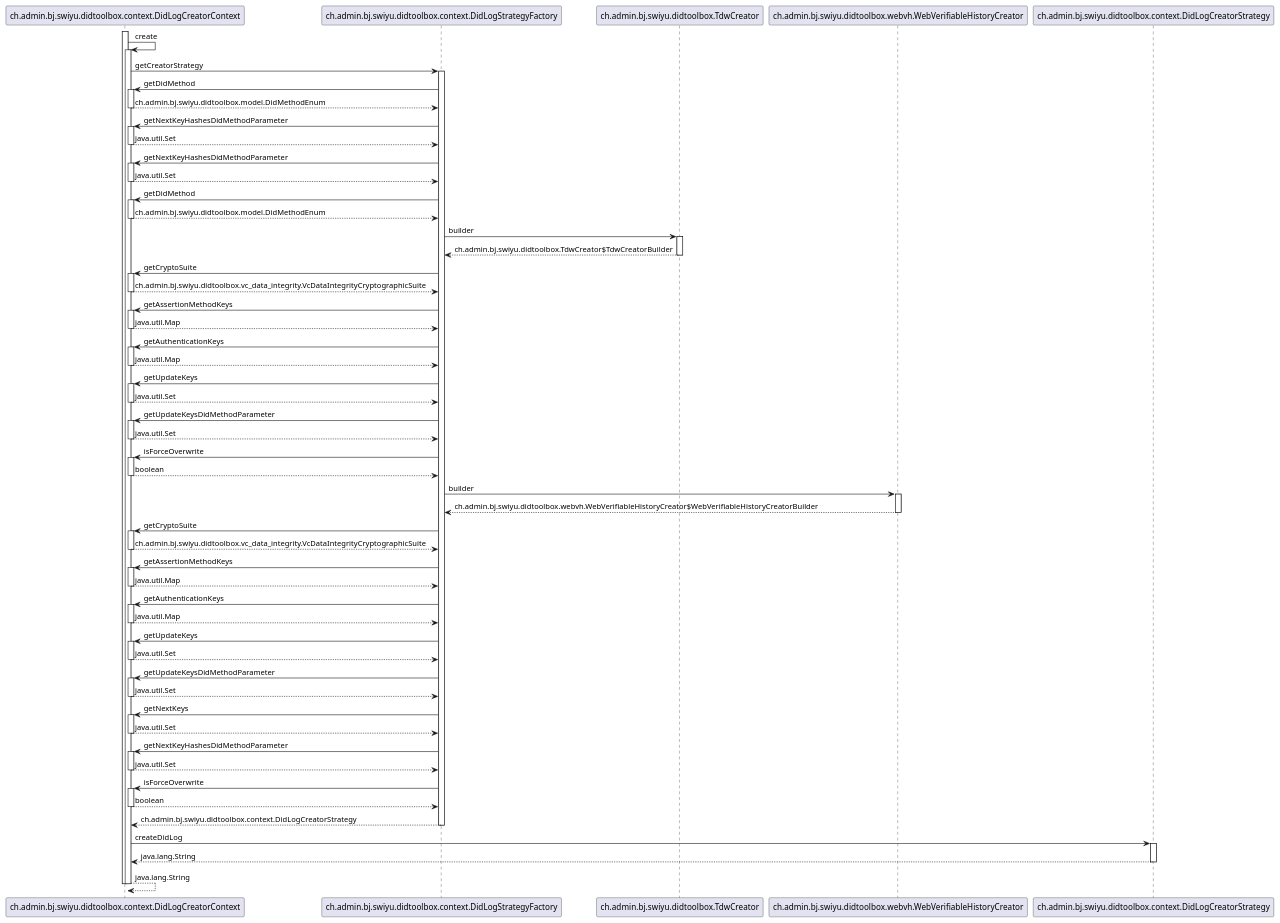
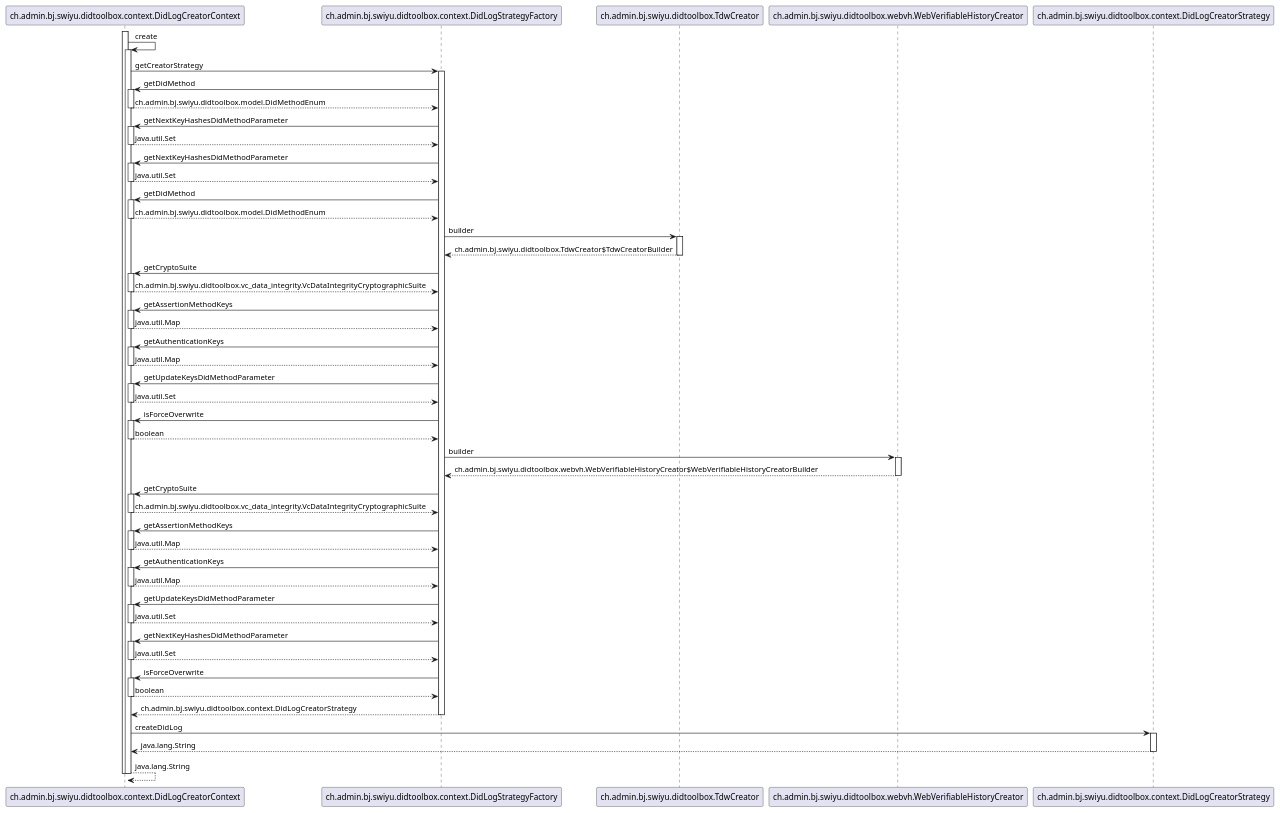
One commit to swiyu-admin-ch/didtoolbox-java changed the diagram in src/main/plantuml/DidLogCreatorContext-create.puml. Above: the diagram before and after it, drawn with PlantUML. The commit also changed 20 other files, not shown here.

```diff
--- a/src/main/plantuml/DidLogCreatorContext-create.puml
+++ b/src/main/plantuml/DidLogCreatorContext-create.puml
@@ -2,104 +2,92 @@
 @startuml
 
 participant ch.admin.bj.swiyu.didtoolbox.context.DidLogCreatorContext
 participant ch.admin.bj.swiyu.didtoolbox.context.DidLogStrategyFactory
 participant ch.admin.bj.swiyu.didtoolbox.TdwCreator
 participant ch.admin.bj.swiyu.didtoolbox.webvh.WebVerifiableHistoryCreator
 participant ch.admin.bj.swiyu.didtoolbox.context.DidLogCreatorStrategy
 
 activate ch.admin.bj.swiyu.didtoolbox.context.DidLogCreatorContext
 	ch.admin.bj.swiyu.didtoolbox.context.DidLogCreatorContext -> ch.admin.bj.swiyu.didtoolbox.context.DidLogCreatorContext : create
 	activate ch.admin.bj.swiyu.didtoolbox.context.DidLogCreatorContext
 		ch.admin.bj.swiyu.didtoolbox.context.DidLogCreatorContext -> ch.admin.bj.swiyu.didtoolbox.context.DidLogStrategyFactory : getCreatorStrategy
 		activate ch.admin.bj.swiyu.didtoolbox.context.DidLogStrategyFactory
 			ch.admin.bj.swiyu.didtoolbox.context.DidLogStrategyFactory -> ch.admin.bj.swiyu.didtoolbox.context.DidLogCreatorContext : getDidMethod
 			activate ch.admin.bj.swiyu.didtoolbox.context.DidLogCreatorContext
 				ch.admin.bj.swiyu.didtoolbox.context.DidLogCreatorContext --> ch.admin.bj.swiyu.didtoolbox.context.DidLogStrategyFactory : ch.admin.bj.swiyu.didtoolbox.model.DidMethodEnum
 			deactivate ch.admin.bj.swiyu.didtoolbox.context.DidLogCreatorContext
 			ch.admin.bj.swiyu.didtoolbox.context.DidLogStrategyFactory -> ch.admin.bj.swiyu.didtoolbox.context.DidLogCreatorContext : getNextKeyHashesDidMethodParameter
 			activate ch.admin.bj.swiyu.didtoolbox.context.DidLogCreatorContext
 				ch.admin.bj.swiyu.didtoolbox.context.DidLogCreatorContext --> ch.admin.bj.swiyu.didtoolbox.context.DidLogStrategyFactory : java.util.Set
 			deactivate ch.admin.bj.swiyu.didtoolbox.context.DidLogCreatorContext
 			ch.admin.bj.swiyu.didtoolbox.context.DidLogStrategyFactory -> ch.admin.bj.swiyu.didtoolbox.context.DidLogCreatorContext : getNextKeyHashesDidMethodParameter
 			activate ch.admin.bj.swiyu.didtoolbox.context.DidLogCreatorContext
 				ch.admin.bj.swiyu.didtoolbox.context.DidLogCreatorContext --> ch.admin.bj.swiyu.didtoolbox.context.DidLogStrategyFactory : java.util.Set
 			deactivate ch.admin.bj.swiyu.didtoolbox.context.DidLogCreatorContext
 			ch.admin.bj.swiyu.didtoolbox.context.DidLogStrategyFactory -> ch.admin.bj.swiyu.didtoolbox.context.DidLogCreatorContext : getDidMethod
 			activate ch.admin.bj.swiyu.didtoolbox.context.DidLogCreatorContext
 				ch.admin.bj.swiyu.didtoolbox.context.DidLogCreatorContext --> ch.admin.bj.swiyu.didtoolbox.context.DidLogStrategyFactory : ch.admin.bj.swiyu.didtoolbox.model.DidMethodEnum
 			deactivate ch.admin.bj.swiyu.didtoolbox.context.DidLogCreatorContext
 			ch.admin.bj.swiyu.didtoolbox.context.DidLogStrategyFactory -> ch.admin.bj.swiyu.didtoolbox.TdwCreator : builder
 			activate ch.admin.bj.swiyu.didtoolbox.TdwCreator
 				ch.admin.bj.swiyu.didtoolbox.TdwCreator --> ch.admin.bj.swiyu.didtoolbox.context.DidLogStrategyFactory : ch.admin.bj.swiyu.didtoolbox.TdwCreator$TdwCreatorBuilder
 			deactivate ch.admin.bj.swiyu.didtoolbox.TdwCreator
 			ch.admin.bj.swiyu.didtoolbox.context.DidLogStrategyFactory -> ch.admin.bj.swiyu.didtoolbox.context.DidLogCreatorContext : getCryptoSuite
 			activate ch.admin.bj.swiyu.didtoolbox.context.DidLogCreatorContext
 				ch.admin.bj.swiyu.didtoolbox.context.DidLogCreatorContext --> ch.admin.bj.swiyu.didtoolbox.context.DidLogStrategyFactory : ch.admin.bj.swiyu.didtoolbox.vc_data_integrity.VcDataIntegrityCryptographicSuite
 			deactivate ch.admin.bj.swiyu.didtoolbox.context.DidLogCreatorContext
 			ch.admin.bj.swiyu.didtoolbox.context.DidLogStrategyFactory -> ch.admin.bj.swiyu.didtoolbox.context.DidLogCreatorContext : getAssertionMethodKeys
 			activate ch.admin.bj.swiyu.didtoolbox.context.DidLogCreatorContext
 				ch.admin.bj.swiyu.didtoolbox.context.DidLogCreatorContext --> ch.admin.bj.swiyu.didtoolbox.context.DidLogStrategyFactory : java.util.Map
 			deactivate ch.admin.bj.swiyu.didtoolbox.context.DidLogCreatorContext
 			ch.admin.bj.swiyu.didtoolbox.context.DidLogStrategyFactory -> ch.admin.bj.swiyu.didtoolbox.context.DidLogCreatorContext : getAuthenticationKeys
 			activate ch.admin.bj.swiyu.didtoolbox.context.DidLogCreatorContext
 				ch.admin.bj.swiyu.didtoolbox.context.DidLogCreatorContext --> ch.admin.bj.swiyu.didtoolbox.context.DidLogStrategyFactory : java.util.Map
 			deactivate ch.admin.bj.swiyu.didtoolbox.context.DidLogCreatorContext
-			ch.admin.bj.swiyu.didtoolbox.context.DidLogStrategyFactory -> ch.admin.bj.swiyu.didtoolbox.context.DidLogCreatorContext : getUpdateKeys
-			activate ch.admin.bj.swiyu.didtoolbox.context.DidLogCreatorContext
-				ch.admin.bj.swiyu.didtoolbox.context.DidLogCreatorContext --> ch.admin.bj.swiyu.didtoolbox.context.DidLogStrategyFactory : java.util.Set
-			deactivate ch.admin.bj.swiyu.didtoolbox.context.DidLogCreatorContext
 			ch.admin.bj.swiyu.didtoolbox.context.DidLogStrategyFactory -> ch.admin.bj.swiyu.didtoolbox.context.DidLogCreatorContext : getUpdateKeysDidMethodParameter
 			activate ch.admin.bj.swiyu.didtoolbox.context.DidLogCreatorContext
 				ch.admin.bj.swiyu.didtoolbox.context.DidLogCreatorContext --> ch.admin.bj.swiyu.didtoolbox.context.DidLogStrategyFactory : java.util.Set
 			deactivate ch.admin.bj.swiyu.didtoolbox.context.DidLogCreatorContext
 			ch.admin.bj.swiyu.didtoolbox.context.DidLogStrategyFactory -> ch.admin.bj.swiyu.didtoolbox.context.DidLogCreatorContext : isForceOverwrite
 			activate ch.admin.bj.swiyu.didtoolbox.context.DidLogCreatorContext
 				ch.admin.bj.swiyu.didtoolbox.context.DidLogCreatorContext --> ch.admin.bj.swiyu.didtoolbox.context.DidLogStrategyFactory : boolean
 			deactivate ch.admin.bj.swiyu.didtoolbox.context.DidLogCreatorContext
 			ch.admin.bj.swiyu.didtoolbox.context.DidLogStrategyFactory -> ch.admin.bj.swiyu.didtoolbox.webvh.WebVerifiableHistoryCreator : builder
 			activate ch.admin.bj.swiyu.didtoolbox.webvh.WebVerifiableHistoryCreator
 				ch.admin.bj.swiyu.didtoolbox.webvh.WebVerifiableHistoryCreator --> ch.admin.bj.swiyu.didtoolbox.context.DidLogStrategyFactory : ch.admin.bj.swiyu.didtoolbox.webvh.WebVerifiableHistoryCreator$WebVerifiableHistoryCreatorBuilder
 			deactivate ch.admin.bj.swiyu.didtoolbox.webvh.WebVerifiableHistoryCreator
 			ch.admin.bj.swiyu.didtoolbox.context.DidLogStrategyFactory -> ch.admin.bj.swiyu.didtoolbox.context.DidLogCreatorContext : getCryptoSuite
 			activate ch.admin.bj.swiyu.didtoolbox.context.DidLogCreatorContext
 				ch.admin.bj.swiyu.didtoolbox.context.DidLogCreatorContext --> ch.admin.bj.swiyu.didtoolbox.context.DidLogStrategyFactory : ch.admin.bj.swiyu.didtoolbox.vc_data_integrity.VcDataIntegrityCryptographicSuite
 			deactivate ch.admin.bj.swiyu.didtoolbox.context.DidLogCreatorContext
 			ch.admin.bj.swiyu.didtoolbox.context.DidLogStrategyFactory -> ch.admin.bj.swiyu.didtoolbox.context.DidLogCreatorContext : getAssertionMethodKeys
 			activate ch.admin.bj.swiyu.didtoolbox.context.DidLogCreatorContext
 				ch.admin.bj.swiyu.didtoolbox.context.DidLogCreatorContext --> ch.admin.bj.swiyu.didtoolbox.context.DidLogStrategyFactory : java.util.Map
 			deactivate ch.admin.bj.swiyu.didtoolbox.context.DidLogCreatorContext
 			ch.admin.bj.swiyu.didtoolbox.context.DidLogStrategyFactory -> ch.admin.bj.swiyu.didtoolbox.context.DidLogCreatorContext : getAuthenticationKeys
 			activate ch.admin.bj.swiyu.didtoolbox.context.DidLogCreatorContext
 				ch.admin.bj.swiyu.didtoolbox.context.DidLogCreatorContext --> ch.admin.bj.swiyu.didtoolbox.context.DidLogStrategyFactory : java.util.Map
 			deactivate ch.admin.bj.swiyu.didtoolbox.context.DidLogCreatorContext
-			ch.admin.bj.swiyu.didtoolbox.context.DidLogStrategyFactory -> ch.admin.bj.swiyu.didtoolbox.context.DidLogCreatorContext : getUpdateKeys
-			activate ch.admin.bj.swiyu.didtoolbox.context.DidLogCreatorContext
-				ch.admin.bj.swiyu.didtoolbox.context.DidLogCreatorContext --> ch.admin.bj.swiyu.didtoolbox.context.DidLogStrategyFactory : java.util.Set
-			deactivate ch.admin.bj.swiyu.didtoolbox.context.DidLogCreatorContext
 			ch.admin.bj.swiyu.didtoolbox.context.DidLogStrategyFactory -> ch.admin.bj.swiyu.didtoolbox.context.DidLogCreatorContext : getUpdateKeysDidMethodParameter
-			activate ch.admin.bj.swiyu.didtoolbox.context.DidLogCreatorContext
-				ch.admin.bj.swiyu.didtoolbox.context.DidLogCreatorContext --> ch.admin.bj.swiyu.didtoolbox.context.DidLogStrategyFactory : java.util.Set
-			deactivate ch.admin.bj.swiyu.didtoolbox.context.DidLogCreatorContext
-			ch.admin.bj.swiyu.didtoolbox.context.DidLogStrategyFactory -> ch.admin.bj.swiyu.didtoolbox.context.DidLogCreatorContext : getNextKeys
 			activate ch.admin.bj.swiyu.didtoolbox.context.DidLogCreatorContext
 				ch.admin.bj.swiyu.didtoolbox.context.DidLogCreatorContext --> ch.admin.bj.swiyu.didtoolbox.context.DidLogStrategyFactory : java.util.Set
 			deactivate ch.admin.bj.swiyu.didtoolbox.context.DidLogCreatorContext
 			ch.admin.bj.swiyu.didtoolbox.context.DidLogStrategyFactory -> ch.admin.bj.swiyu.didtoolbox.context.DidLogCreatorContext : getNextKeyHashesDidMethodParameter
 			activate ch.admin.bj.swiyu.didtoolbox.context.DidLogCreatorContext
 				ch.admin.bj.swiyu.didtoolbox.context.DidLogCreatorContext --> ch.admin.bj.swiyu.didtoolbox.context.DidLogStrategyFactory : java.util.Set
 			deactivate ch.admin.bj.swiyu.didtoolbox.context.DidLogCreatorContext
 			ch.admin.bj.swiyu.didtoolbox.context.DidLogStrategyFactory -> ch.admin.bj.swiyu.didtoolbox.context.DidLogCreatorContext : isForceOverwrite
 			activate ch.admin.bj.swiyu.didtoolbox.context.DidLogCreatorContext
 				ch.admin.bj.swiyu.didtoolbox.context.DidLogCreatorContext --> ch.admin.bj.swiyu.didtoolbox.context.DidLogStrategyFactory : boolean
 			deactivate ch.admin.bj.swiyu.didtoolbox.context.DidLogCreatorContext
 			ch.admin.bj.swiyu.didtoolbox.context.DidLogStrategyFactory --> ch.admin.bj.swiyu.didtoolbox.context.DidLogCreatorContext : ch.admin.bj.swiyu.didtoolbox.context.DidLogCreatorStrategy
 		deactivate ch.admin.bj.swiyu.didtoolbox.context.DidLogStrategyFactory
 		ch.admin.bj.swiyu.didtoolbox.context.DidLogCreatorContext -> ch.admin.bj.swiyu.didtoolbox.context.DidLogCreatorStrategy : createDidLog
 		activate ch.admin.bj.swiyu.didtoolbox.context.DidLogCreatorStrategy
 			ch.admin.bj.swiyu.didtoolbox.context.DidLogCreatorStrategy --> ch.admin.bj.swiyu.didtoolbox.context.DidLogCreatorContext : java.lang.String
 		deactivate ch.admin.bj.swiyu.didtoolbox.context.DidLogCreatorStrategy
 		ch.admin.bj.swiyu.didtoolbox.context.DidLogCreatorContext --> ch.admin.bj.swiyu.didtoolbox.context.DidLogCreatorContext : java.lang.String
 	deactivate ch.admin.bj.swiyu.didtoolbox.context.DidLogCreatorContext
 deactivate ch.admin.bj.swiyu.didtoolbox.context.DidLogCreatorContext
 
 @enduml
```
